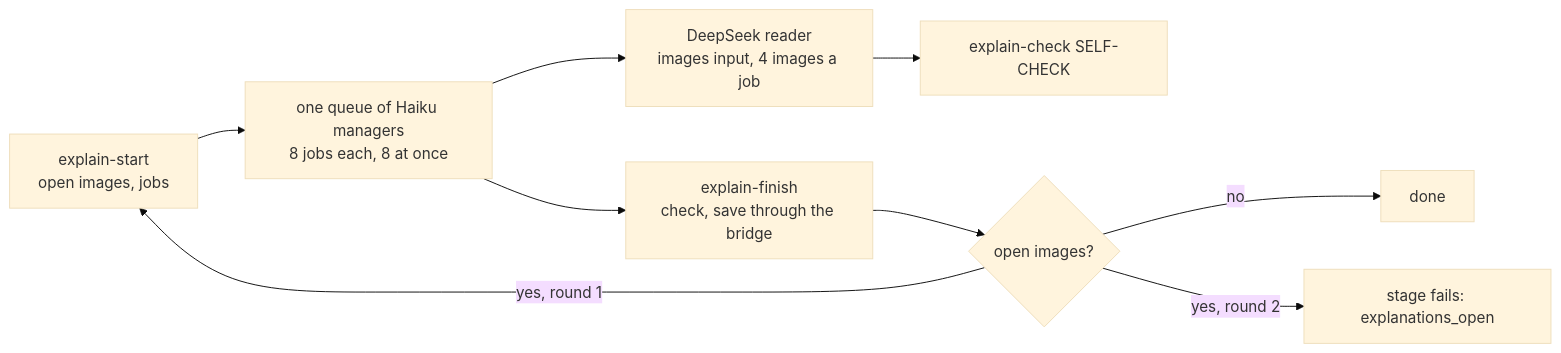
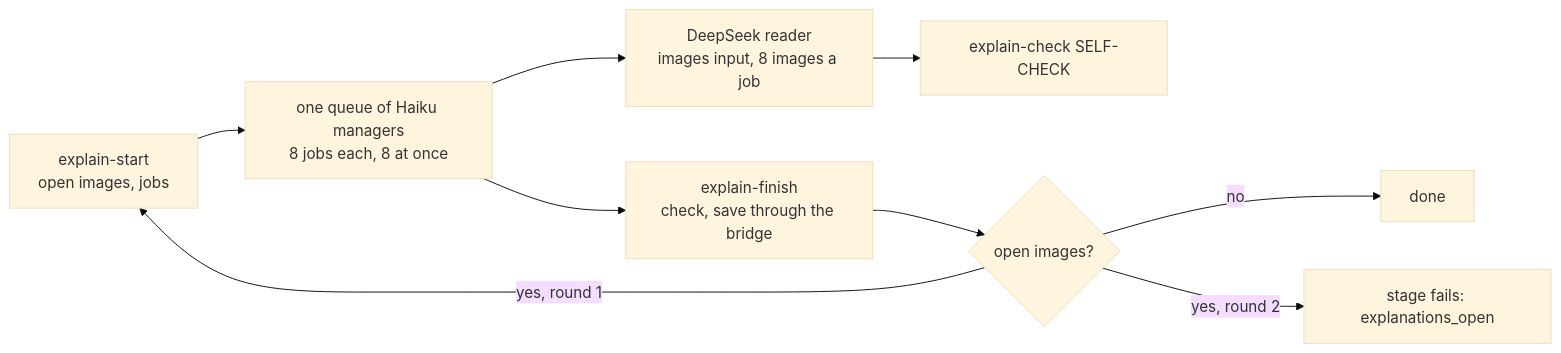
One commit to liudesheng9/zet changed the diagram in docs/figure-explanation-design.md. Above: the diagram before and after it, drawn with Mermaid (base theme). The commit also changed other lines of this file and 4 other files, not shown here.

Commit message:
Figure explain jobs take eight images, the most one deepseek_run takes (zt-digest 0.45.7)

````diff
--- a/docs/figure-explanation-design.md
+++ b/docs/figure-explanation-design.md
@@ -80,11 +80,11 @@
 ```mermaid
 flowchart LR
     S["explain-start<br/>open images, jobs"] --> Q["one queue of Haiku managers<br/>8 jobs each, 8 at once"]
-    Q --> D["DeepSeek reader<br/>images input, 4 images a job"]
+    Q --> D["DeepSeek reader<br/>images input, 8 images a job"]
     D --> C["explain-check SELF-CHECK"]
     Q --> F["explain-finish<br/>check, save through the bridge"]
     F --> R{"open images?"}
     R -- "yes, round 1" --> S
     R -- "no" --> E["done"]
     R -- "yes, round 2" --> X["stage fails: explanations_open"]
 ```
````
